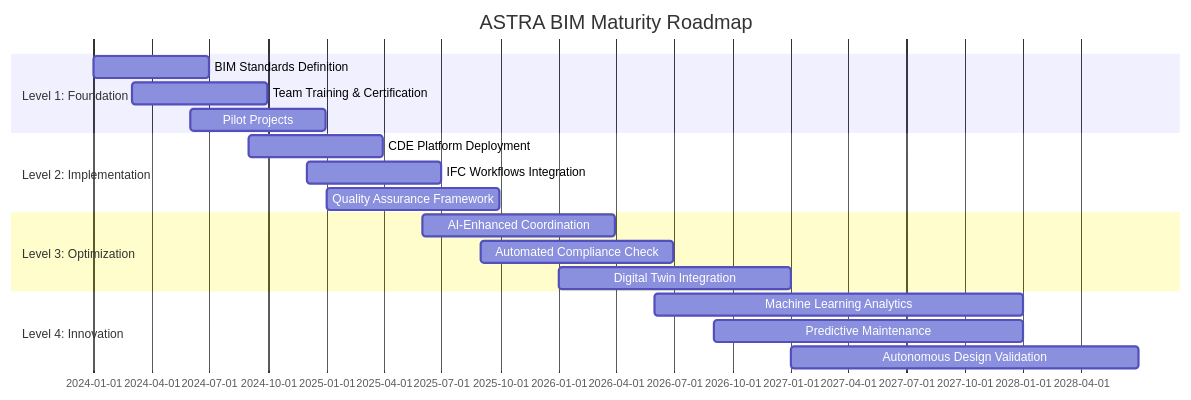
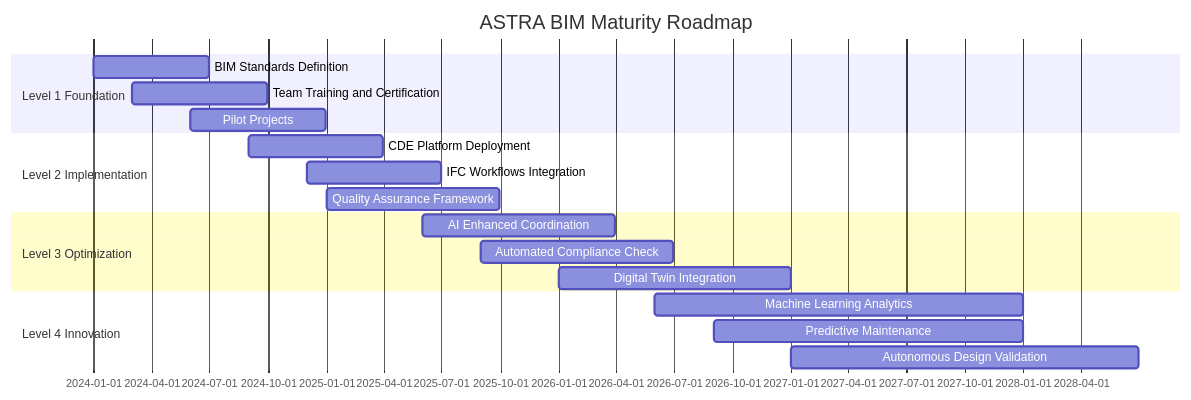
The second of 13 diagrams in bim-anforderungen_infra.md (NikolayBorissovASTRA/bim), drawn with Mermaid before and after one commit. The commit also changed other lines of this file, not shown here.

````diff
--- a/bim-anforderungen_infra.md
+++ b/bim-anforderungen_infra.md
@@ -53,24 +53,24 @@
 ```mermaid
 gantt
     title ASTRA BIM Maturity Roadmap
     dateFormat YYYY-MM-DD
-    section Level 1: Foundation
+    section Level 1 Foundation
     BIM Standards Definition     :2024-01-01, 2024-06-30
-    Team Training & Certification :2024-03-01, 2024-09-30
+    Team Training and Certification :2024-03-01, 2024-09-30
     Pilot Projects              :2024-06-01, 2024-12-31
     
-    section Level 2: Implementation
+    section Level 2 Implementation
     CDE Platform Deployment     :2024-09-01, 2025-03-31
     IFC Workflows Integration   :2024-12-01, 2025-06-30
     Quality Assurance Framework :2025-01-01, 2025-09-30
     
-    section Level 3: Optimization
-    AI-Enhanced Coordination    :2025-06-01, 2026-03-31
+    section Level 3 Optimization
+    AI Enhanced Coordination    :2025-06-01, 2026-03-31
     Automated Compliance Check  :2025-09-01, 2026-06-30
     Digital Twin Integration    :2026-01-01, 2026-12-31
     
-    section Level 4: Innovation
+    section Level 4 Innovation
     Machine Learning Analytics  :2026-06-01, 2027-12-31
     Predictive Maintenance      :2026-09-01, 2027-12-31
     Autonomous Design Validation :2027-01-01, 2028-06-30
 ```
````
